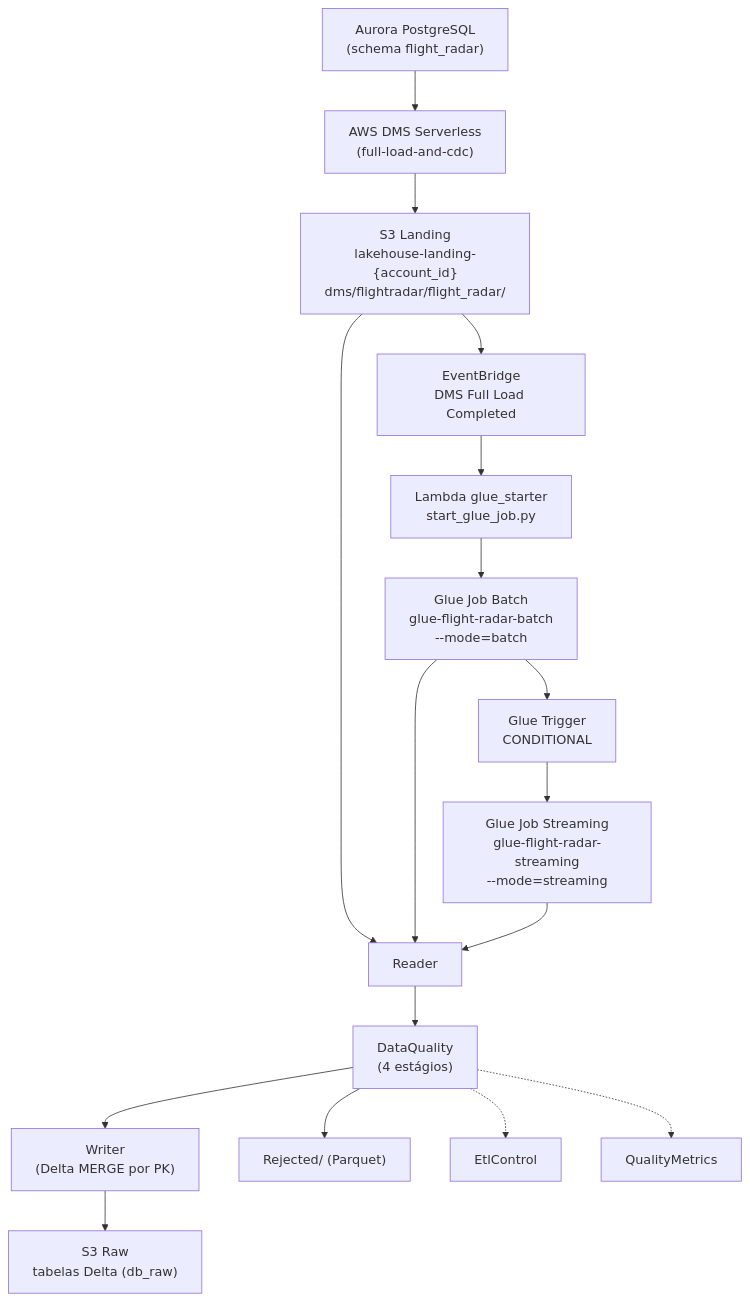
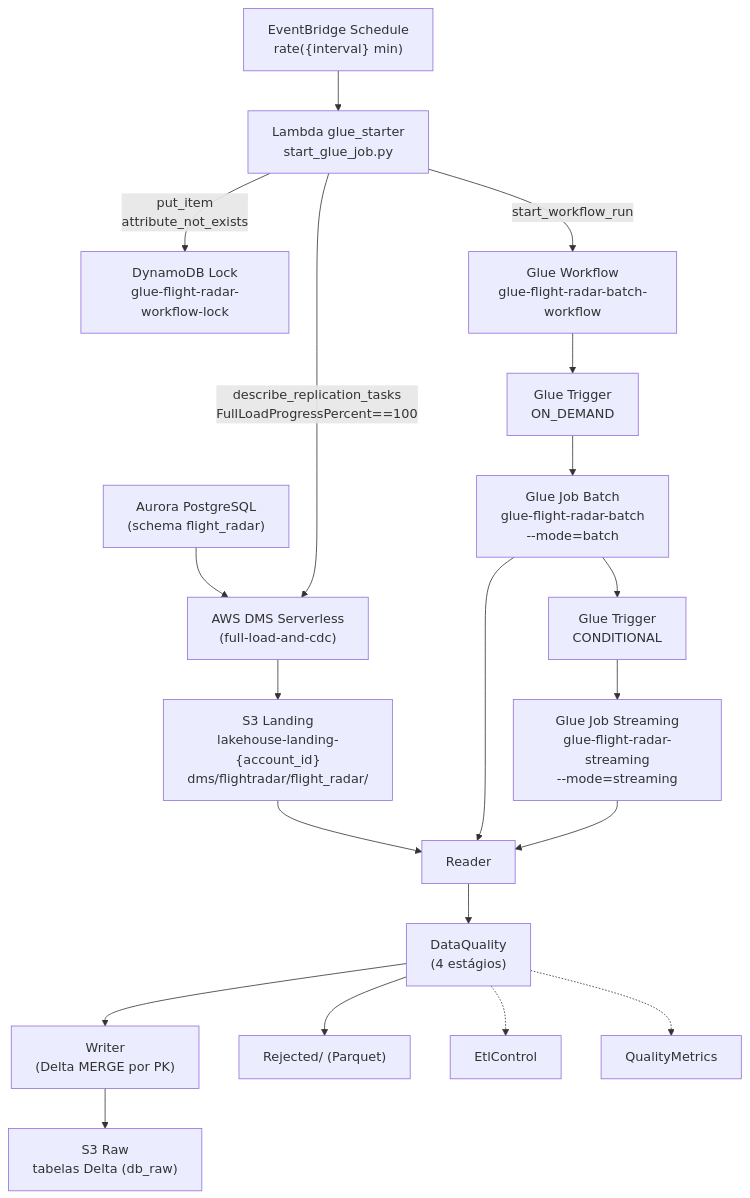
Before and after one commit to jamilvilela/aws-streaming-flight-radar-glue: the first of 2 diagrams in docs-sdd/arquitetura.md, drawn with Mermaid. The commit also changed other lines of this file and 18 other files, not shown here.

First line of the commit message:
feat: refactor Glue workflow trigger to use EventBridge schedule and add DynamoDB lock

````diff
--- a/docs-sdd/arquitetura.md
+++ b/docs-sdd/arquitetura.md
@@ -205,35 +125,41 @@
 ```mermaid
 flowchart TD
     AURO["Aurora PostgreSQL<br/>(schema flight_radar)"]
     DMS["AWS DMS Serverless<br/>(full-load-and-cdc)"]
     LAND["S3 Landing<br/>lakehouse-landing-{account_id}<br/>dms/flightradar/flight_radar/"]
-    EVB["EventBridge<br/>DMS Full Load Completed"]
+    SCHED["EventBridge Schedule<br/>rate({interval} min)"]
     LAMBDA["Lambda glue_starter<br/>start_glue_job.py"]
+    LOCK["DynamoDB Lock<br/>glue-flight-radar-workflow-lock"]
+    WF["Glue Workflow<br/>glue-flight-radar-batch-workflow"]
+    ON_DEMAND["Glue Trigger<br/>ON_DEMAND"]
     BATCH["Glue Job Batch<br/>glue-flight-radar-batch<br/>--mode=batch"]
     TRIG["Glue Trigger<br/>CONDITIONAL"]
     STREAM["Glue Job Streaming<br/>glue-flight-radar-streaming<br/>--mode=streaming"]
     READER["Reader"]
     DQ["DataQuality<br/>(4 estágios)"]
     WRITER["Writer<br/>(Delta MERGE por PK)"]
     REJ["Rejected/ (Parquet)"]
     RAW["S3 Raw<br/>tabelas Delta (db_raw)"]
     ETL["EtlControl"]
     QM["QualityMetrics"]
 
     AURO --> DMS
     DMS --> LAND
-    LAND --> EVB
-    EVB --> LAMBDA
-    LAMBDA --> BATCH
+    SCHED --> LAMBDA
+    LAMBDA -->|describe_replication_tasks<br/>FullLoadProgressPercent==100| DMS
+    LAMBDA -->|put_item<br/>attribute_not_exists| LOCK
+    LAMBDA -->|start_workflow_run| WF
+    WF --> ON_DEMAND
+    ON_DEMAND --> BATCH
     BATCH --> TRIG
     TRIG --> STREAM
     LAND --> READER
     BATCH --> READER
     STREAM --> READER
     READER --> DQ
     DQ --> WRITER
     DQ --> REJ
     WRITER --> RAW
     DQ -.-> ETL
     DQ -.-> QM
 ```
````
